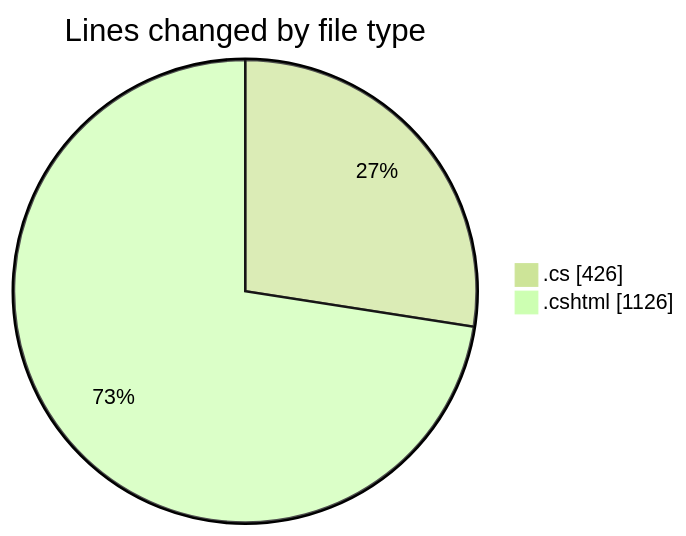
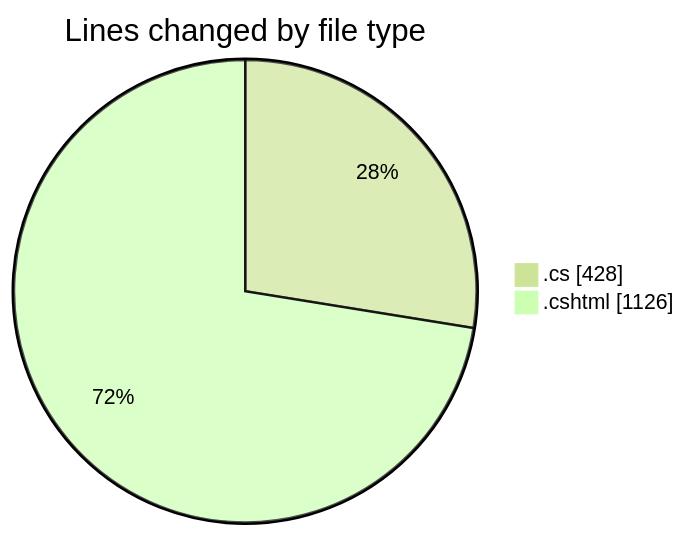
The first of 2 diagrams in 2025-07-16/nhahang/README.md (lephambinh05/code-tracking), drawn with Mermaid (forest theme) before and after one commit. The commit also changed other lines of this file and 1 other file, not shown here.

````diff
--- a/2025-07-16/nhahang/README.md
+++ b/2025-07-16/nhahang/README.md
@@ -48,6 +48,6 @@
 ```mermaid
 pie showData
 title Lines changed by file type
-".cs" : 426
+".cs" : 428
 ".cshtml" : 1126
 ```
````
